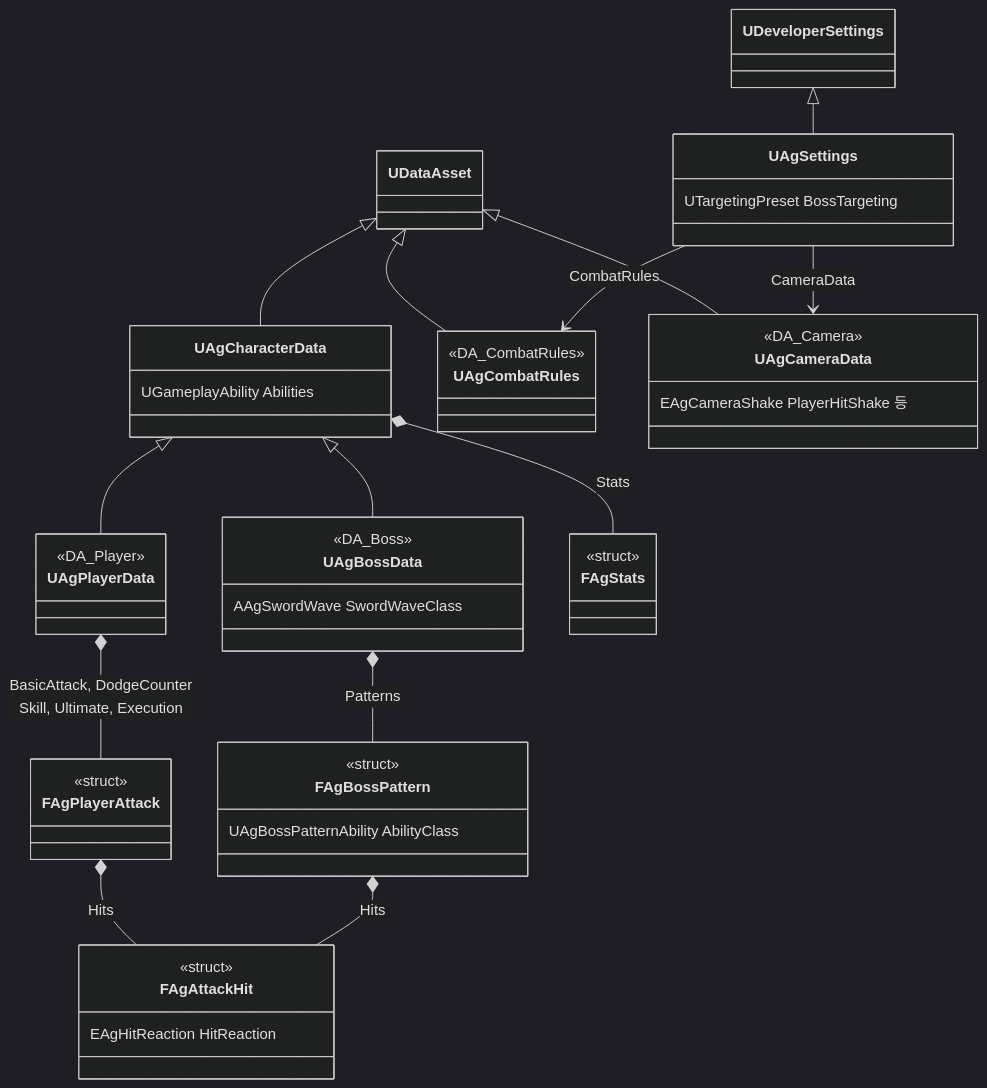
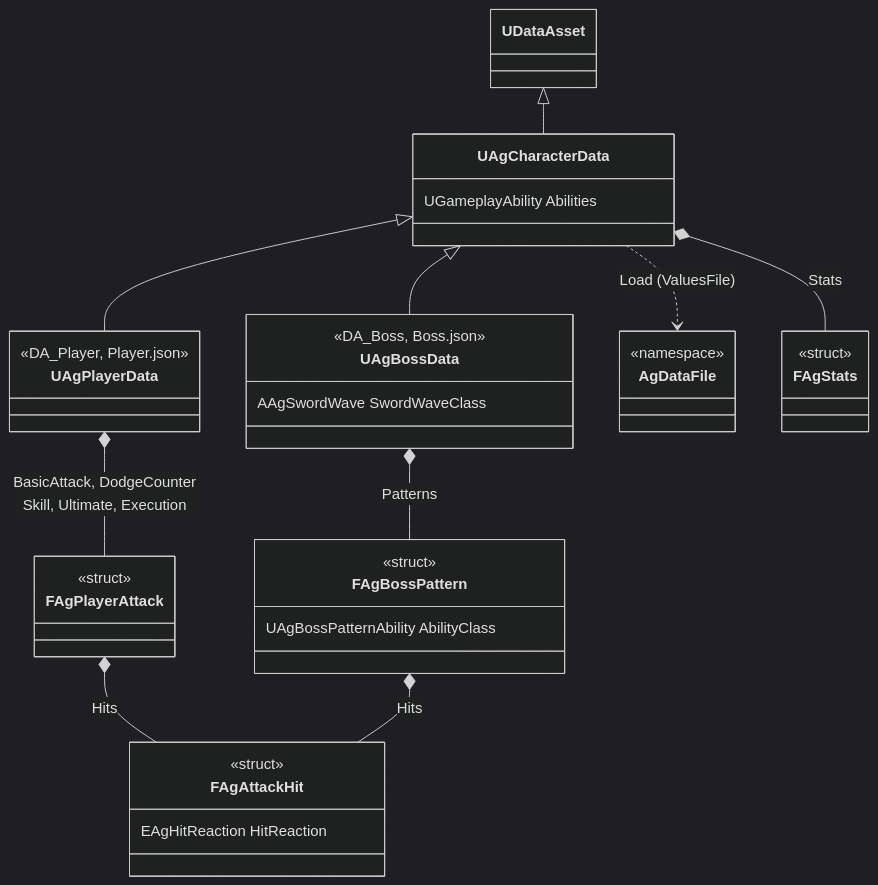
One commit to Woogl/Ag changed the tenth of 19 diagrams in Docs/Program/클래스 구조도.md. Above: the diagram before and after it, drawn with Mermaid (dark theme). The commit also changed other lines of this file and 36 other files, not shown here.

````diff
--- a/Docs/Program/클래스 구조도.md
+++ b/Docs/Program/클래스 구조도.md
@@ -358,52 +360,41 @@
 ```mermaid
 classDiagram
     direction TB
     class UAgCharacterData {
         UGameplayAbility Abilities
     }
     class UAgPlayerData {
-        <<DA_Player>>
+        <<DA_Player, Player.json>>
     }
     class UAgBossData {
-        <<DA_Boss>>
+        <<DA_Boss, Boss.json>>
         AAgSwordWave SwordWaveClass
     }
-    class UAgCombatRules {
-        <<DA_CombatRules>>
-    }
-    class UAgCameraData {
-        <<DA_Camera>>
-        EAgCameraShake PlayerHitShake 등
-    }
-    class UAgSettings {
-        UTargetingPreset BossTargeting
+    class AgDataFile {
+        <<namespace>>
     }
     class FAgStats {
         <<struct>>
     }
     class FAgPlayerAttack {
         <<struct>>
     }
     class FAgBossPattern {
         <<struct>>
         UAgBossPatternAbility AbilityClass
     }
     class FAgAttackHit {
         <<struct>>
         EAgHitReaction HitReaction
     }
     UDataAsset <|-- UAgCharacterData
     UAgCharacterData <|-- UAgPlayerData
     UAgCharacterData <|-- UAgBossData
-    UDataAsset <|-- UAgCombatRules
-    UDataAsset <|-- UAgCameraData
-    UDeveloperSettings <|-- UAgSettings
-    UAgSettings --> UAgCombatRules : CombatRules
-    UAgSettings --> UAgCameraData : CameraData
+    UAgCharacterData ..> AgDataFile : Load (ValuesFile)
 
     UAgCharacterData *-- FAgStats : Stats
     UAgPlayerData *-- FAgPlayerAttack : BasicAttack, DodgeCounter<br>Skill, Ultimate, Execution
     UAgBossData *-- FAgBossPattern : Patterns
     FAgPlayerAttack *-- FAgAttackHit : Hits
     FAgBossPattern *-- FAgAttackHit : Hits
 ```
````
